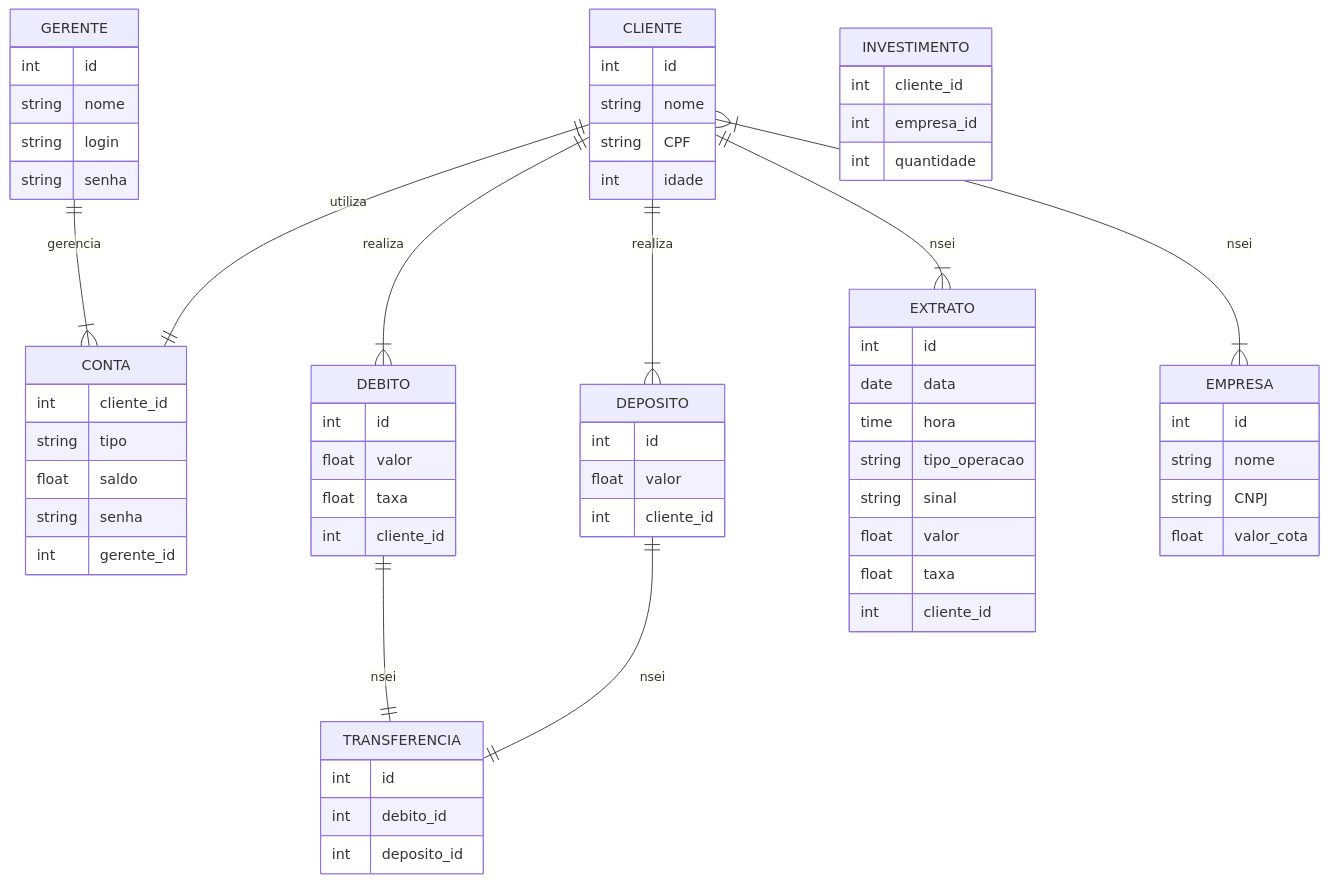
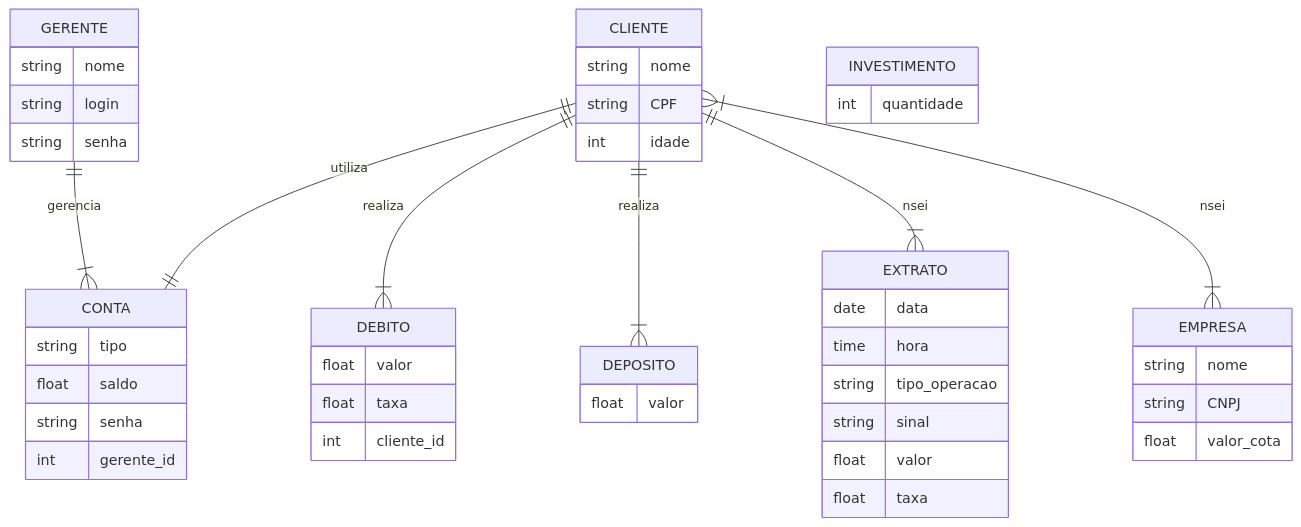
Before and after one commit to iagorosa28/banco_quempoupatem_banco_de_dados: the first of 2 diagrams in README.md, drawn with Mermaid.

````diff
--- a/README.md
+++ b/README.md
@@ -18,21 +18,21 @@
 ```mermaid
 erDiagram
     CLIENTE {
-    int id
+    %%int id
     string nome
     string CPF
     int idade
     }
 
     GERENTE {
-    int id 
+    %%int id 
     string nome
     string login
     string senha
     }
 
     CONTA {
-    int cliente_id
+    %%int cliente_id
     string tipo
     float saldo
     string senha
@@ -40,45 +40,45 @@
     }
 
     DEBITO {
-    int id
+    %%int id
     float valor
     float taxa
     int cliente_id
     }
 
     DEPOSITO {
-    int id
+    %%int id
     float valor
-    int cliente_id
+    %%int cliente_id
     }
 
-    TRANSFERENCIA {
-    int id
-    int debito_id
-    int deposito_id
-    }
+    %%TRANSFERENCIA {
+    %%int id
+    %%int debito_id
+    %%int deposito_id
+    %%}
 
     EXTRATO {
-    int id
+    %%int id
     date data
     time hora
     string tipo_operacao
     string sinal
     float valor
     float taxa
-    int cliente_id
+    %%int cliente_id
     }
 
     EMPRESA {
-    int id
+    %%int id
     string nome
     string CNPJ
     float valor_cota
     }
 
     INVESTIMENTO {
-    int cliente_id
-    int empresa_id
+    %%int cliente_id
+    %%int empresa_id
     int quantidade
     }
 
@@ -86,8 +86,8 @@
     GERENTE  || -- |{ CONTA : gerencia
     CLIENTE  || -- |{ DEBITO : realiza
     CLIENTE  || -- |{ DEPOSITO : realiza
-    DEBITO   || -- || TRANSFERENCIA : nsei
-    DEPOSITO || -- || TRANSFERENCIA : nsei 
+    %%DEBITO   || -- || TRANSFERENCIA : nsei
+    %%DEPOSITO || -- || TRANSFERENCIA : nsei 
     CLIENTE  || -- |{ EXTRATO : nsei
     CLIENTE  }| -- |{ EMPRESA : nsei 
 
````
